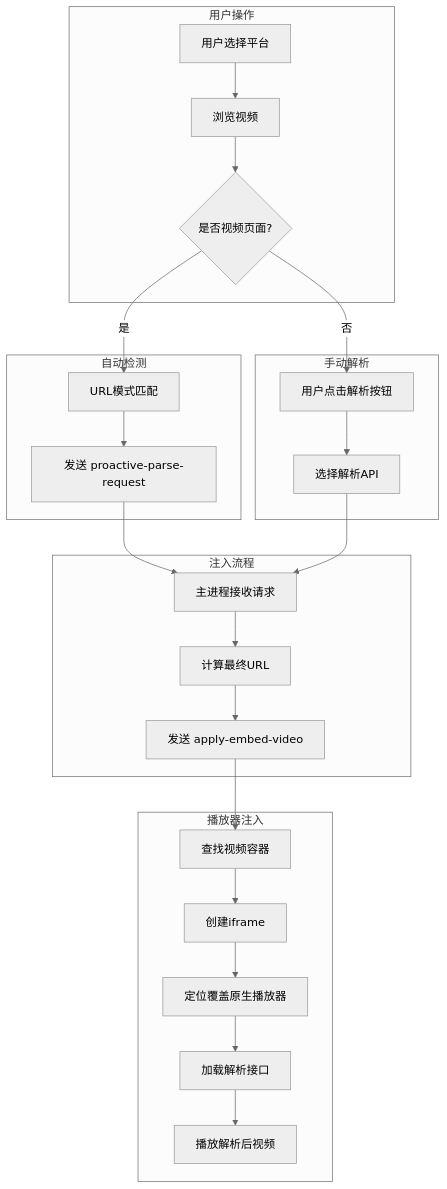
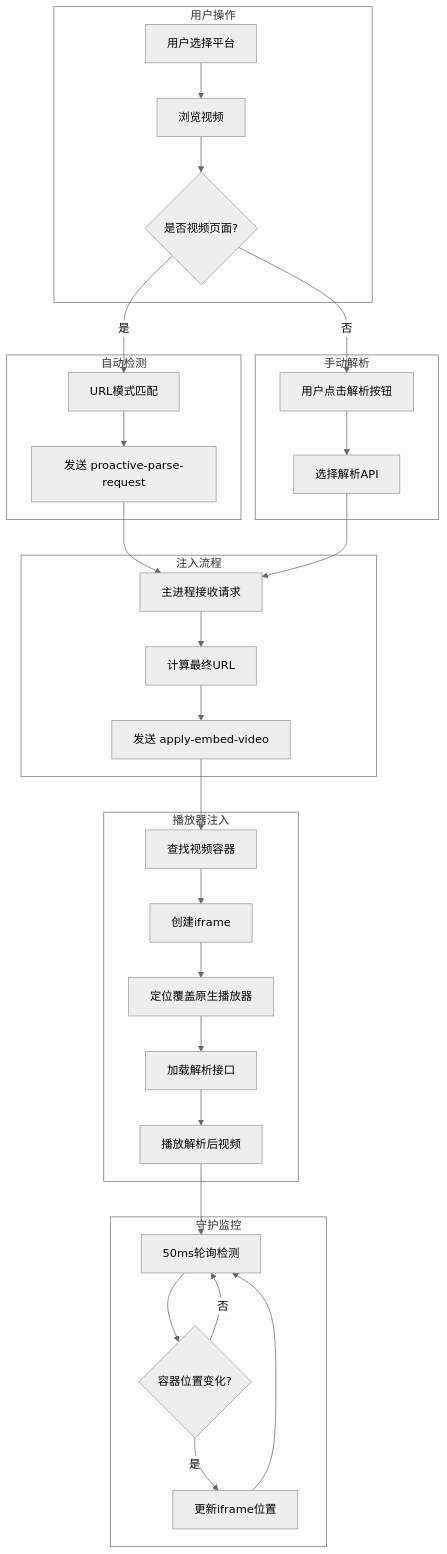
Before and after one commit to DYKJLL/AudioVisual-Optimized-v2: the fourth of 4 diagrams in ARCHITECTURE_ANALYSIS.md, drawn with Mermaid (neutral theme). The commit also changed other lines of this file, not shown here.

Commit message:
docs: add architecture analysis and development log

````diff
--- a/ARCHITECTURE_ANALYSIS.md
+++ b/ARCHITECTURE_ANALYSIS.md
@@ -365,32 +410,40 @@
 ```mermaid
 flowchart TB
     subgraph 用户操作
         A[用户选择平台] --> B[浏览视频]
         B --> C{是否视频页面?}
     end
     
     subgraph 自动检测
         C -->|是| D[URL模式匹配]
         D --> E[发送 proactive-parse-request]
     end
     
     subgraph 手动解析
         C -->|否| F[用户点击解析按钮]
         F --> G[选择解析API]
     end
     
     subgraph 注入流程
         E --> H[主进程接收请求]
         G --> H
         H --> I[计算最终URL]
         I --> J[发送 apply-embed-video]
     end
     
     subgraph 播放器注入
         J --> K[查找视频容器]
         K --> L[创建iframe]
         L --> M[定位覆盖原生播放器]
         M --> N[加载解析接口]
         N --> O[播放解析后视频]
     end
+    
+    subgraph 守护监控
+        O --> P[50ms轮询检测]
+        P --> Q{容器位置变化?}
+        Q -->|是| R[更新iframe位置]
+        Q -->|否| P
+        R --> P
+    end
 ```
````
